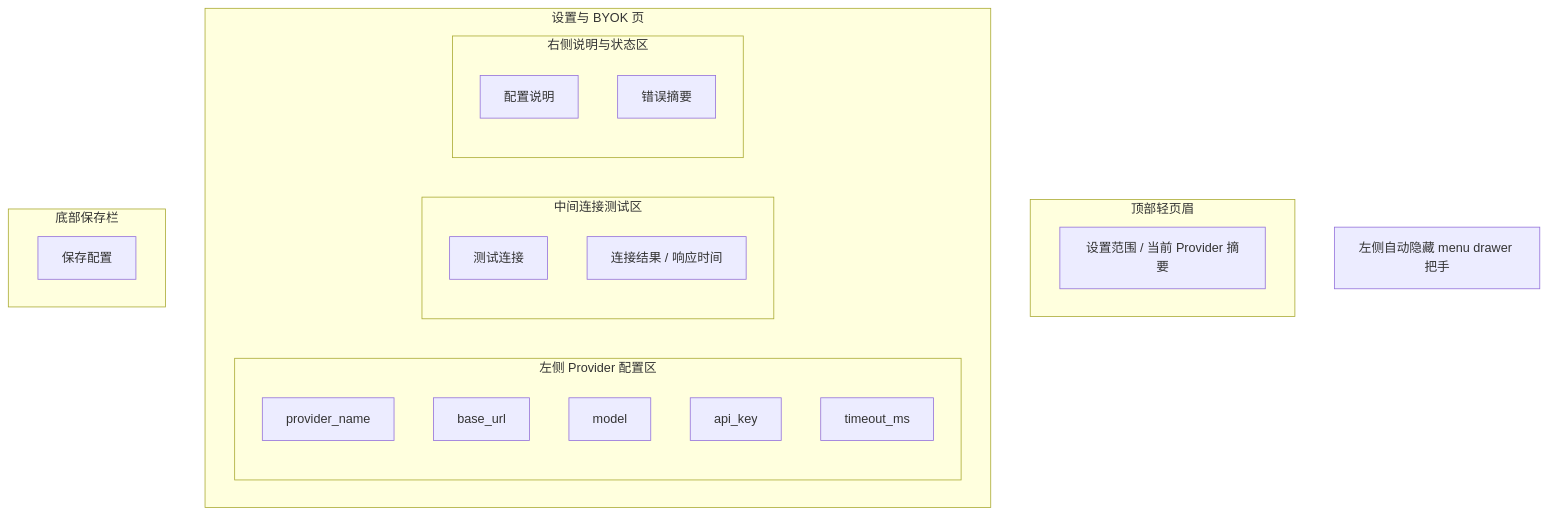
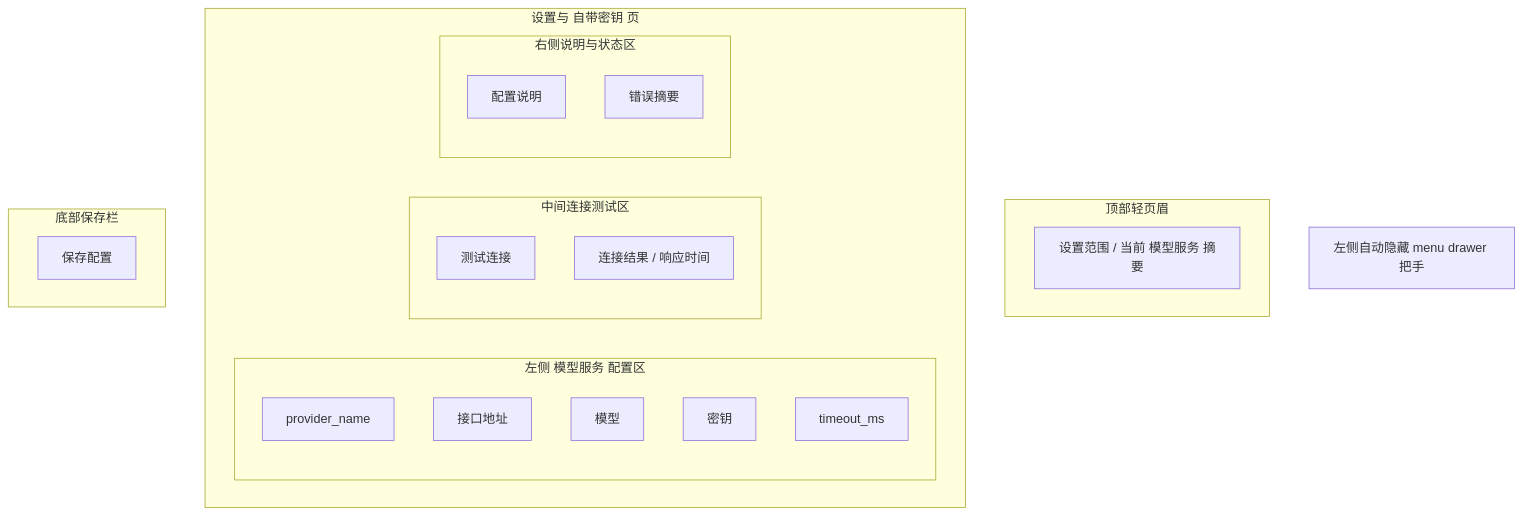
Before and after one commit to changw98ic/n0vel: the diagram in docs/mvp/prd/prd-10-settings-byok.md, drawn with Mermaid. The commit also changed other lines of this file and 152 other files, not shown here.

````diff
--- a/docs/mvp/prd/prd-10-settings-byok.md
+++ b/docs/mvp/prd/prd-10-settings-byok.md
@@ -133,32 +133,32 @@
 ```mermaid
 flowchart TB
     Handle["左侧自动隐藏 menu drawer 把手"]
 
     subgraph Header["顶部轻页眉"]
-        Title["设置范围 / 当前 Provider 摘要"]
+        Title["设置范围 / 当前 模型服务 摘要"]
     end
 
-    subgraph Body["设置与 BYOK 页"]
-        subgraph Left["左侧 Provider 配置区"]
-            Provider["provider_name"]
-            BaseURL["base_url"]
-            Model["model"]
-            ApiKey["api_key"]
+    subgraph Body["设置与 自带密钥 页"]
+        subgraph Left["左侧 模型服务 配置区"]
+            模型服务["provider_name"]
+            BaseURL["接口地址"]
+            Model["模型"]
+            ApiKey["密钥"]
             Timeout["timeout_ms"]
         end
 
         subgraph Center["中间连接测试区"]
             TestBtn["测试连接"]
             Result["连接结果 / 响应时间"]
         end
 
         subgraph Right["右侧说明与状态区"]
             Tips["配置说明"]
             Error["错误摘要"]
         end
     end
 
     subgraph Footer["底部保存栏"]
         Save["保存配置"]
     end
 ```
````
